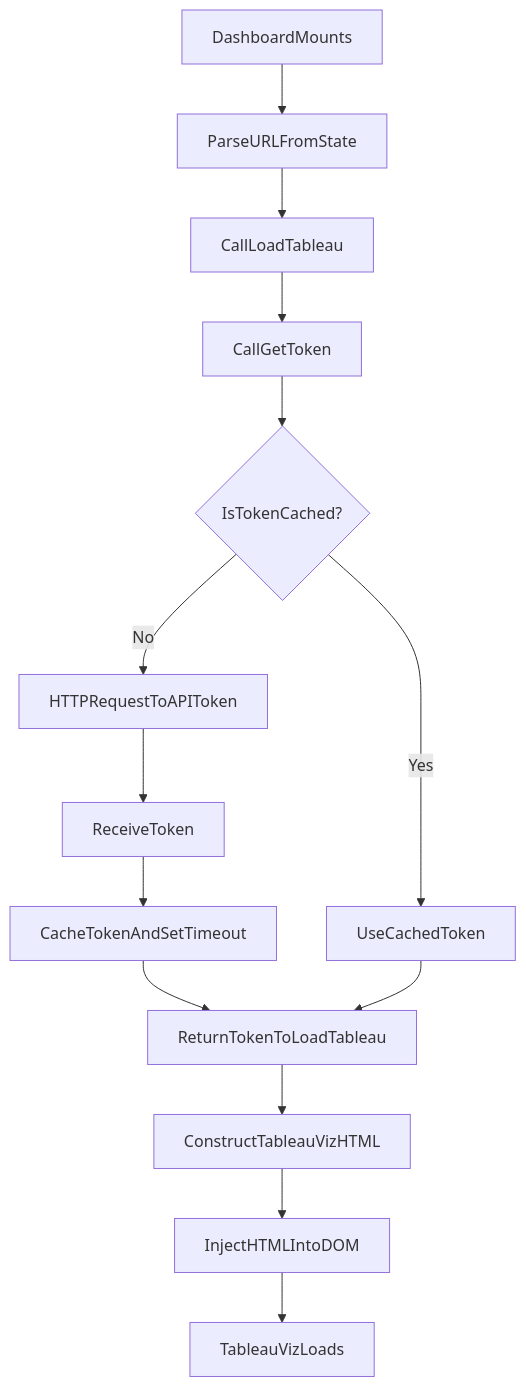
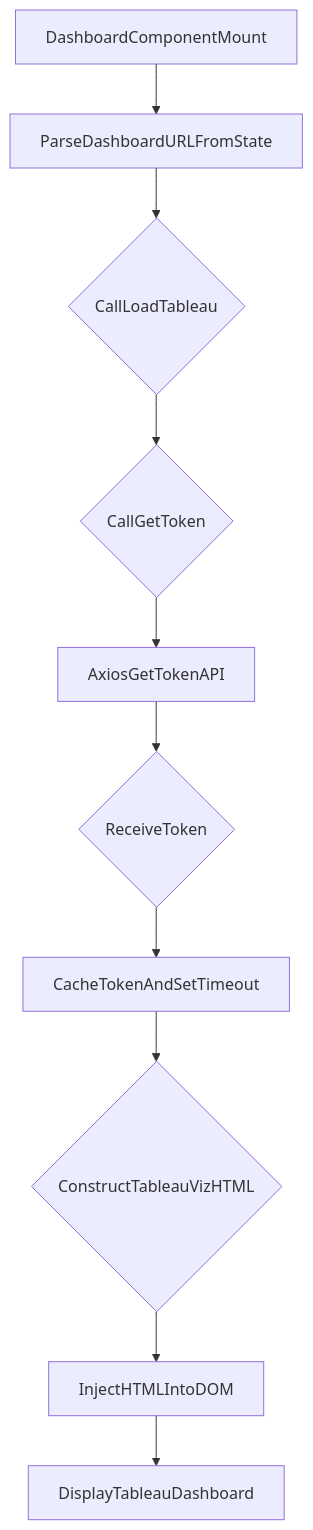
Before and after one commit to test-company-prowiz/tableau-frontend: the diagram in docs/src/Pages/Dashboard.jsx.md, drawn with Mermaid. The commit also changed other lines of this file, not shown here.

Commit message:
[AI-DOC] docs: auto-generated documentation for docs/src/Pages/Dashboard.jsx.md

````diff
--- a/docs/src/Pages/Dashboard.jsx.md
+++ b/docs/src/Pages/Dashboard.jsx.md
@@ -53,16 +49,12 @@
 ```mermaid
 graph TD
-A[DashboardMounts] --> B[ParseURLFromState]
-B --> C[CallLoadTableau]
-C --> D[CallGetToken]
-D --> E{IsTokenCached?}
-E -- No --> F[HTTPRequestToAPIToken]
-F --> G[ReceiveToken]
-G --> H[CacheTokenAndSetTimeout]
-E -- Yes --> I[UseCachedToken]
-H --> J[ReturnTokenToLoadTableau]
-I --> J
-J --> K[ConstructTableauVizHTML]
-K --> L[InjectHTMLIntoDOM]
-L --> M[TableauVizLoads]
+A[DashboardComponentMount] --> B[ParseDashboardURLFromState]
+B --> C{CallLoadTableau}
+C --> D{CallGetToken}
+D --> E[AxiosGetTokenAPI]
+E --> F{ReceiveToken}
+F --> G[CacheTokenAndSetTimeout]
+G --> H{ConstructTableauVizHTML}
+H --> I[InjectHTMLIntoDOM]
+I --> J[DisplayTableauDashboard]
 ```
````
